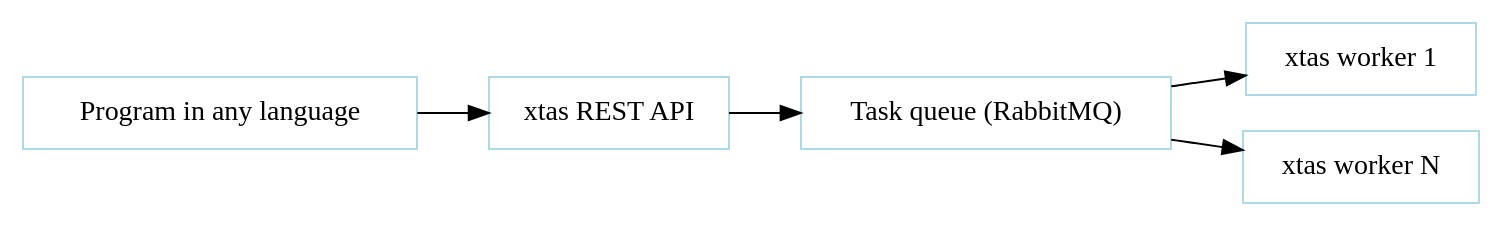
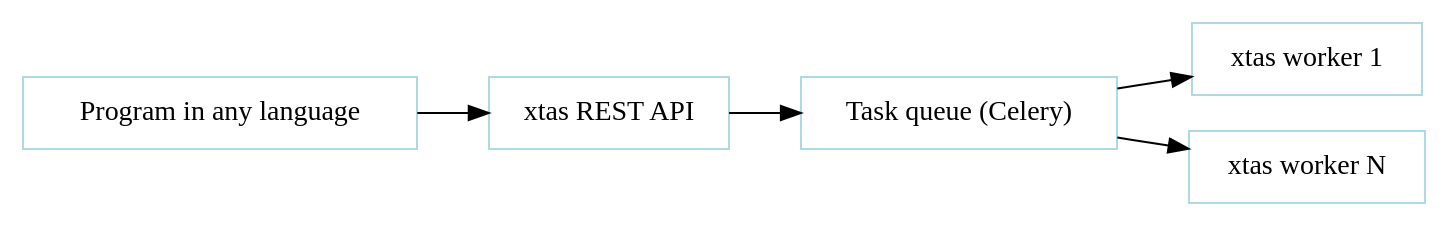
Before and after one commit to NLeSC/xtas: the third of 3 diagrams in doc/overview.rst, drawn with Graphviz. The commit also changed other lines of this file and 4 other files, not shown here.

```diff
--- a/doc/overview.rst
+++ b/doc/overview.rst
@@ -46,13 +58,13 @@
 .. graphviz::
 
     digraph {
         rankdir=LR
         node [shape=rect, color=lightblue]
 
         rest [label="xtas REST API"]
-        q [label="Task queue (RabbitMQ)"]
+        q [label="Task queue (Celery)"]
 
         "Program in any language" -> rest -> q
         q -> "xtas worker 1"
         q -> "xtas worker N"
     }
```
